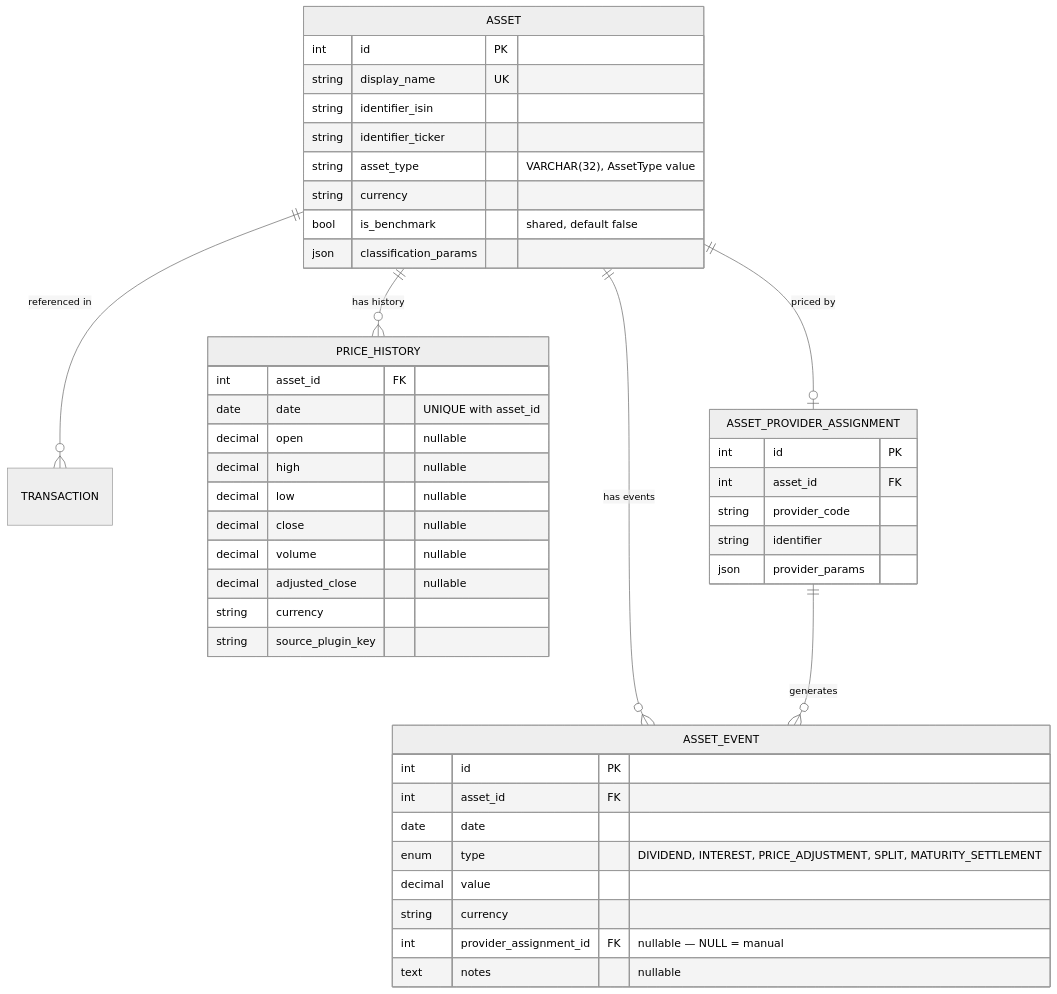
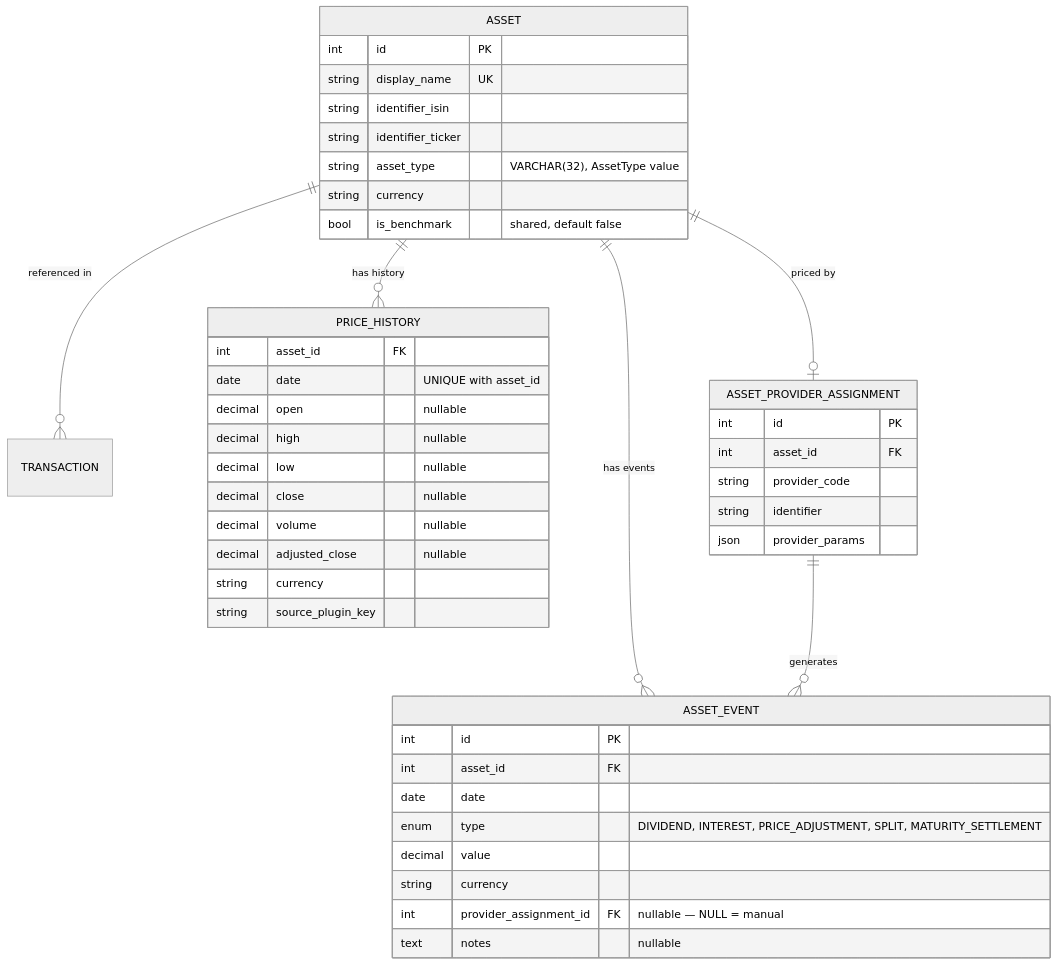
Before and after one commit to Librefolio/LibreFolio: the diagram in mkdocs_src/docs/developer/architecture/database/assets_pricing.md, drawn with Mermaid (neutral theme). The commit also changed other lines of this file and 3 other files, not shown here.

Commit message:
docs(db): assets.classification_params is gone

````diff
--- a/mkdocs_src/docs/developer/architecture/database/assets_pricing.md
+++ b/mkdocs_src/docs/developer/architecture/database/assets_pricing.md
@@ -7,51 +7,50 @@
 ```mermaid
 erDiagram
     ASSET ||--o{ TRANSACTION : "referenced in"
     ASSET ||--o{ PRICE_HISTORY : "has history"
     ASSET ||--o| ASSET_PROVIDER_ASSIGNMENT : "priced by"
     ASSET ||--o{ ASSET_EVENT : "has events"
     ASSET_PROVIDER_ASSIGNMENT ||--o{ ASSET_EVENT : "generates"
 
     ASSET {
         int id PK
         string display_name UK
         string identifier_isin
         string identifier_ticker
         string asset_type "VARCHAR(32), AssetType value"
         string currency
         bool is_benchmark "shared, default false"
-        json classification_params
     }
 
     PRICE_HISTORY {
         int asset_id FK
         date date "UNIQUE with asset_id"
         decimal open "nullable"
         decimal high "nullable"
         decimal low "nullable"
         decimal close "nullable"
         decimal volume "nullable"
         decimal adjusted_close "nullable"
         string currency
         string source_plugin_key
     }
 
     ASSET_PROVIDER_ASSIGNMENT {
         int id PK
         int asset_id FK
         string provider_code
         string identifier
         json provider_params
     }
 
     ASSET_EVENT {
         int id PK
         int asset_id FK
         date date
         enum type "DIVIDEND, INTEREST, PRICE_ADJUSTMENT, SPLIT, MATURITY_SETTLEMENT"
         decimal value
         string currency
         int provider_assignment_id FK "nullable — NULL = manual"
         text notes "nullable"
     }
 ```
````
